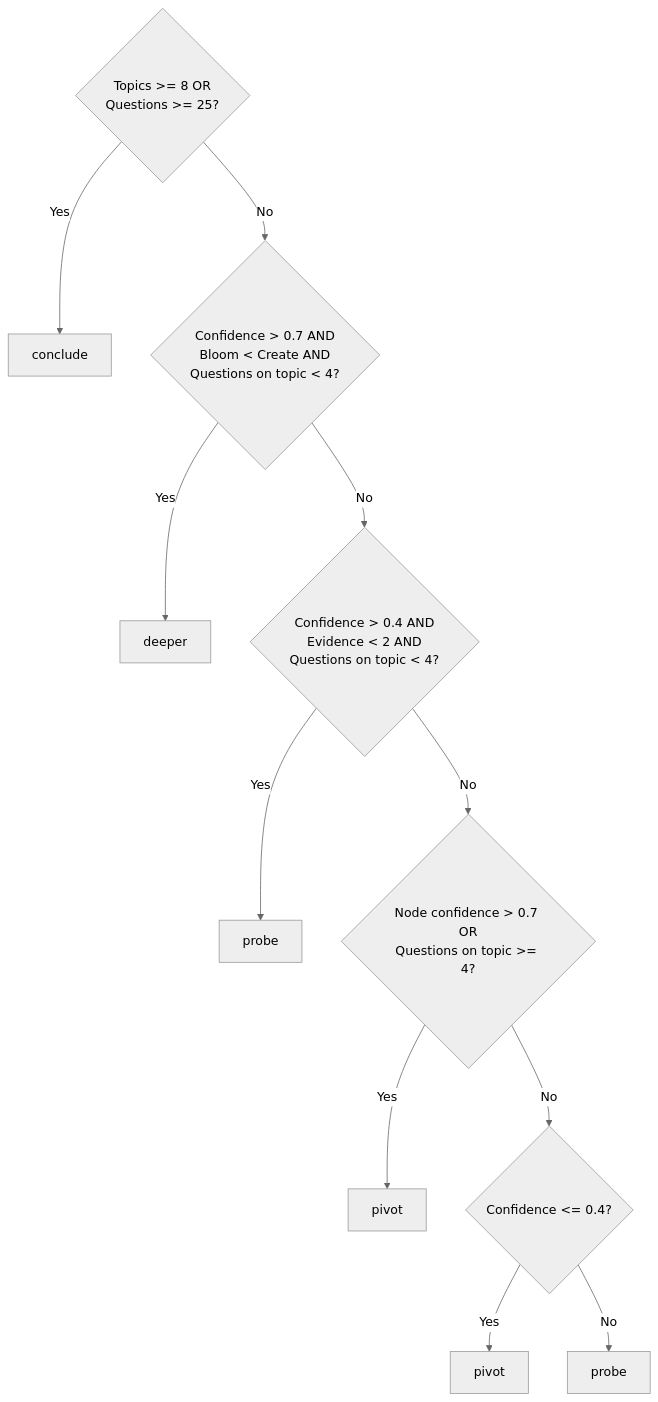
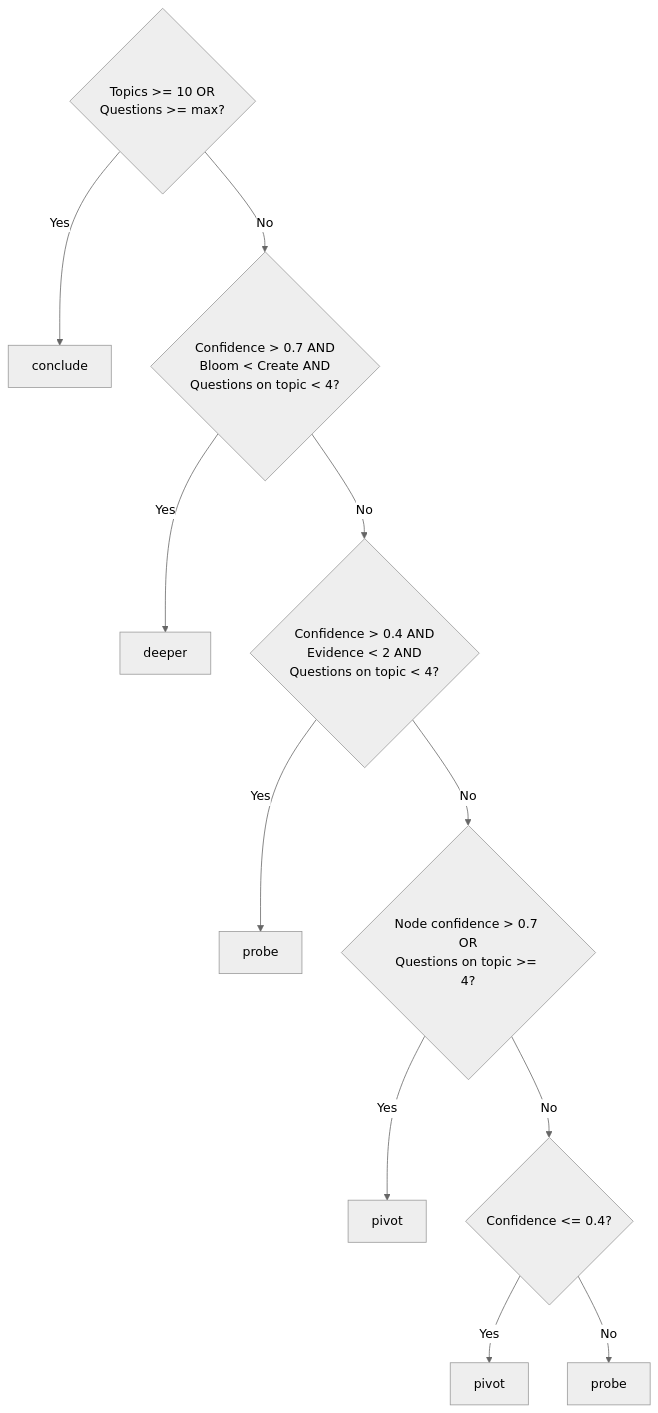
The second of 2 diagrams in docs/architecture/assessment-pipeline.md (onegunsamurai/OpenLearning), drawn with Mermaid (neutral theme) before and after one commit. The commit also changed other lines of this file and 7 other files, not shown here.

````diff
--- a/docs/architecture/assessment-pipeline.md
+++ b/docs/architecture/assessment-pipeline.md
@@ -140,14 +142,14 @@
 ```mermaid
 graph TD
-    A{Topics >= 8 OR<br/>Questions >= 25?}
+    A{Topics >= 10 OR<br/>Questions >= max?}
     A -->|Yes| CONCLUDE[conclude]
     A -->|No| B{Confidence > 0.7 AND<br/>Bloom < Create AND<br/>Questions on topic < 4?}
     B -->|Yes| DEEPER[deeper]
     B -->|No| C{Confidence > 0.4 AND<br/>Evidence < 2 AND<br/>Questions on topic < 4?}
     C -->|Yes| PROBE[probe]
     C -->|No| D{Node confidence > 0.7 OR<br/>Questions on topic >= 4?}
     D -->|Yes| PIVOT[pivot]
     D -->|No| E{Confidence <= 0.4?}
     E -->|Yes| PIVOT2[pivot]
     E -->|No| PROBE2[probe]
 ```
````
